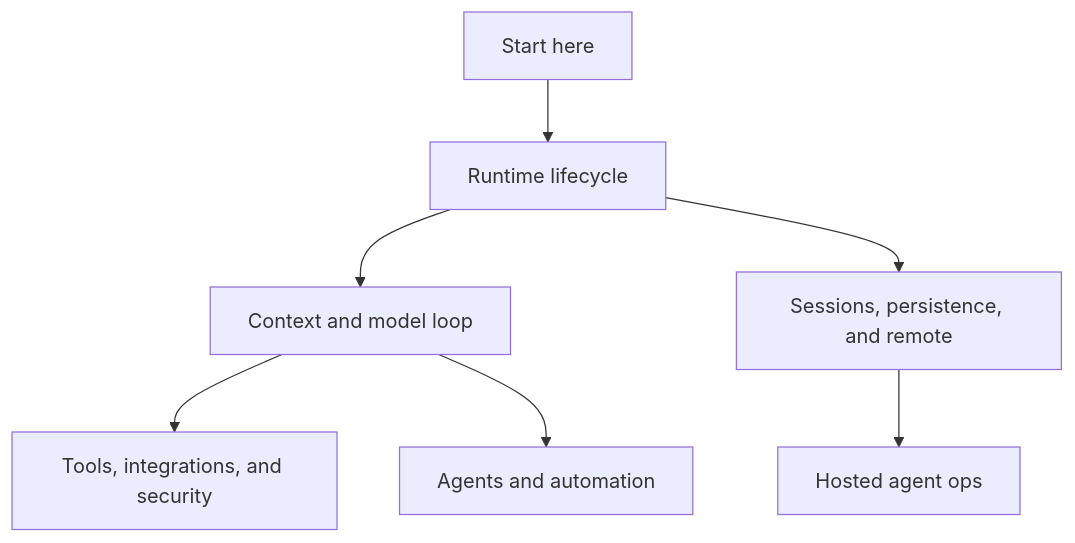
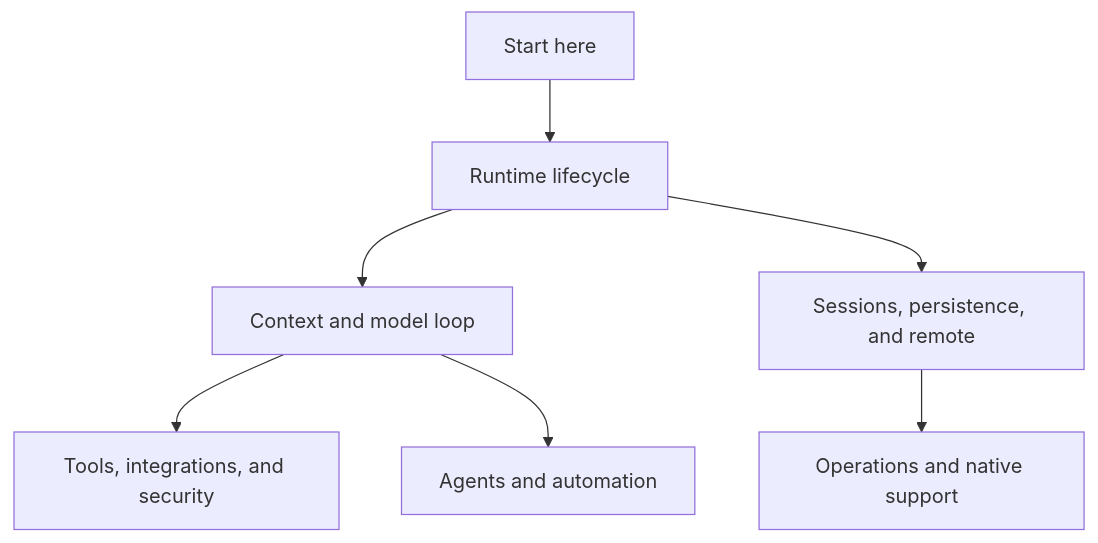
Before and after one commit to vibewatch/claude-code-internals: the diagram in docs/00-start-here/README.md, drawn with Mermaid. The commit also changed other lines of this file and 44 other files, not shown here.

````diff
--- a/docs/00-start-here/README.md
+++ b/docs/00-start-here/README.md
@@ -52,17 +52,17 @@
 ```mermaid
 flowchart TD
     Start[Start here] --> Runtime[Runtime lifecycle]
     Runtime --> Loop[Context and model loop]
     Loop --> Tools[Tools, integrations, and security]
     Runtime --> Sessions[Sessions, persistence, and remote]
-    Sessions --> Hosted[Hosted agent ops]
+    Sessions --> Hosted[Operations and native support]
     Loop --> Agents[Agents and automation]
 
     click Start "./" "Open Start here"
     click Runtime "../01-runtime-lifecycle/" "Open Runtime lifecycle"
     click Loop "../02-context-model-loop/" "Open Context and model loop"
     click Tools "../03-tools-integrations-security/" "Open Tools, integrations, and security"
     click Sessions "../04-sessions-persistence-remote/" "Open Sessions, persistence, and remote"
-    click Hosted "../05-hosted-agent-ops/" "Open Hosted agent ops"
+    click Hosted "../05-hosted-agent-ops/" "Open Operations and native support"
     click Agents "../06-agents-automation/" "Open Agents and automation"
 ```
````
